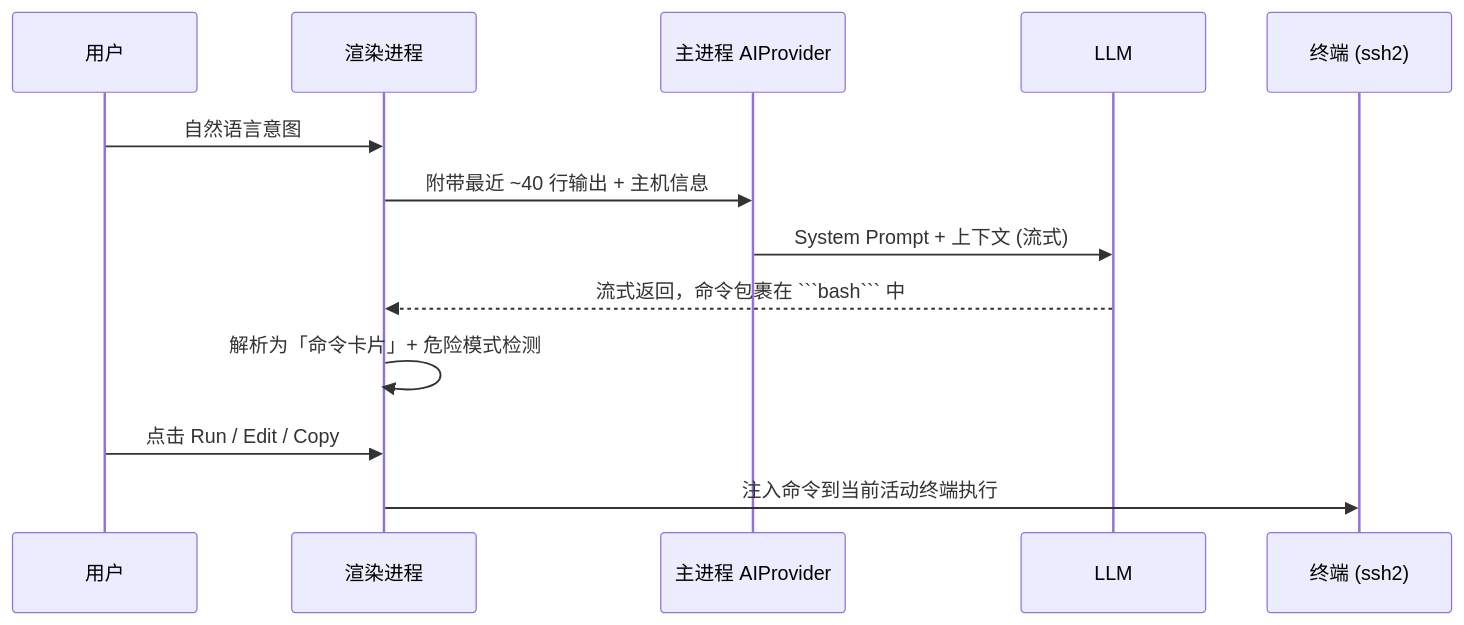
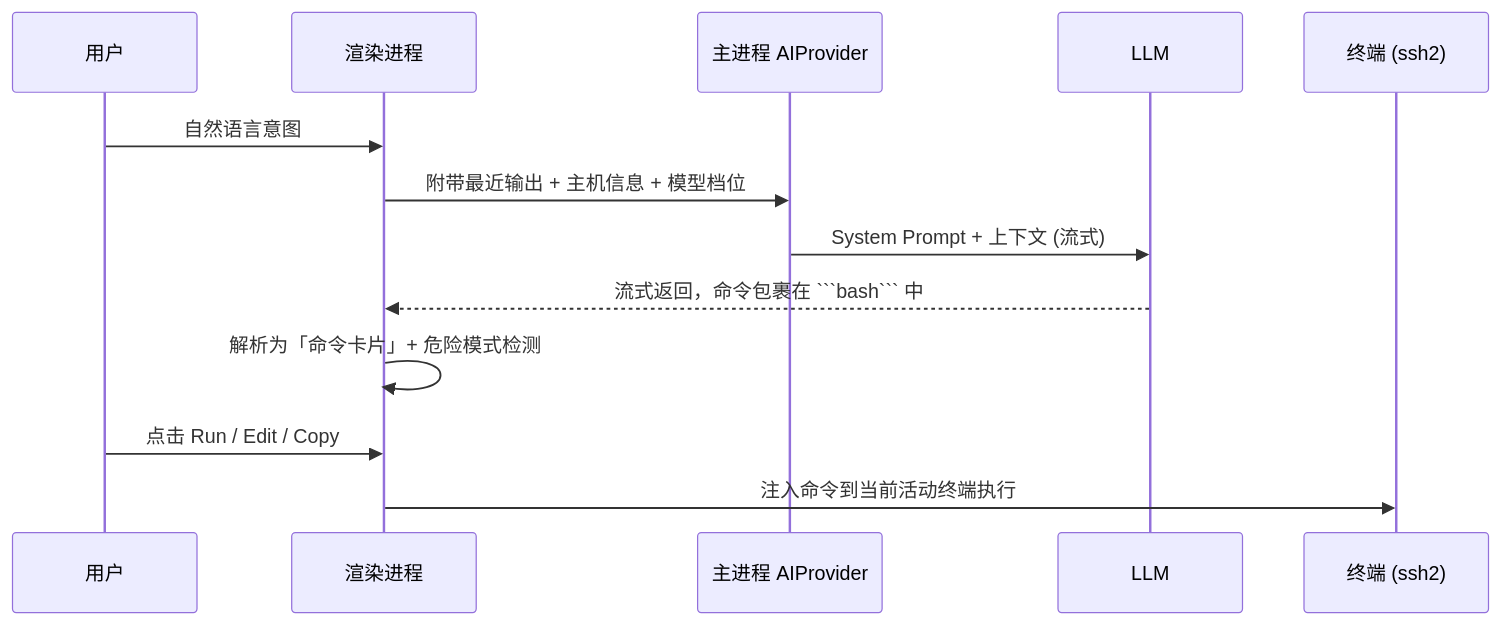
The third of 3 diagrams in docs/slides.md (zackdlut/ai_ssh), drawn with Mermaid before and after one commit. The commit also changed other lines of this file and 7 other files, not shown here.

````diff
--- a/docs/slides.md
+++ b/docs/slides.md
@@ -111,15 +183,15 @@
 ```mermaid {scale: 0.6}
 sequenceDiagram
   participant U as 用户
   participant R as 渲染进程
   participant M as 主进程 AIProvider
   participant L as LLM
   participant T as 终端 (ssh2)
   U->>R: 自然语言意图
-  R->>M: 附带最近 ~40 行输出 + 主机信息
+  R->>M: 附带最近输出 + 主机信息 + 模型档位
   M->>L: System Prompt + 上下文 (流式)
   L-->>R: 流式返回，命令包裹在 ```bash``` 中
   R->>R: 解析为「命令卡片」+ 危险模式检测
   U->>R: 点击 Run / Edit / Copy
   R->>T: 注入命令到当前活动终端执行
 ```
````
